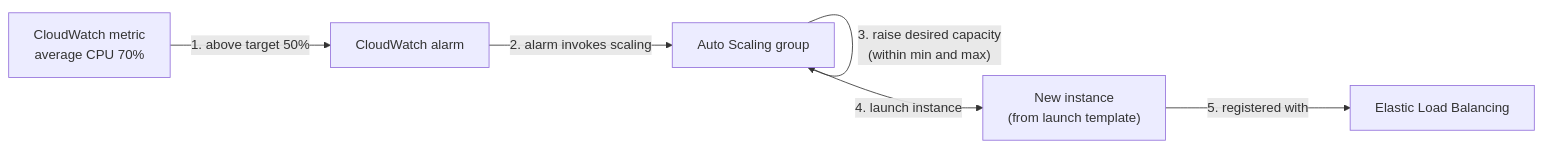
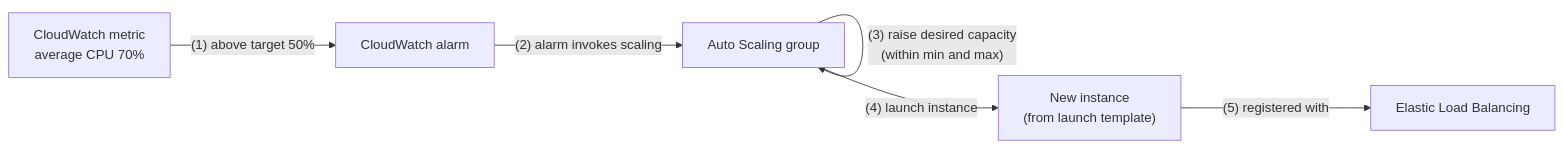
One commit to firmanains/Belajar changed the second of 3 diagrams in AWS/SAA/ec2/ec2-auto-scaling.md. Above: the diagram before and after it, drawn with Mermaid. The commit also changed 14 other files, not shown here.

First line of the commit message:
Fix Mermaid labels that rendered as "Unsupported markdown"

````diff
--- a/AWS/SAA/ec2/ec2-auto-scaling.md
+++ b/AWS/SAA/ec2/ec2-auto-scaling.md
@@ -65,8 +65,8 @@
 ```mermaid
 flowchart LR
-  cw["CloudWatch metric<br>average CPU 70%"] -->|"1. above target 50%"| al["CloudWatch alarm"]
-  al -->|"2. alarm invokes scaling"| asg["Auto Scaling group"]
-  asg -->|"3. raise desired capacity<br>(within min and max)"| asg
-  asg -->|"4. launch instance"| ni["New instance<br>(from launch template)"]
-  ni -->|"5. registered with"| elb["Elastic Load Balancing"]
+  cw["CloudWatch metric<br>average CPU 70%"] -->|"(1) above target 50%"| al["CloudWatch alarm"]
+  al -->|"(2) alarm invokes scaling"| asg["Auto Scaling group"]
+  asg -->|"(3) raise desired capacity<br>(within min and max)"| asg
+  asg -->|"(4) launch instance"| ni["New instance<br>(from launch template)"]
+  ni -->|"(5) registered with"| elb["Elastic Load Balancing"]
 ```
````
